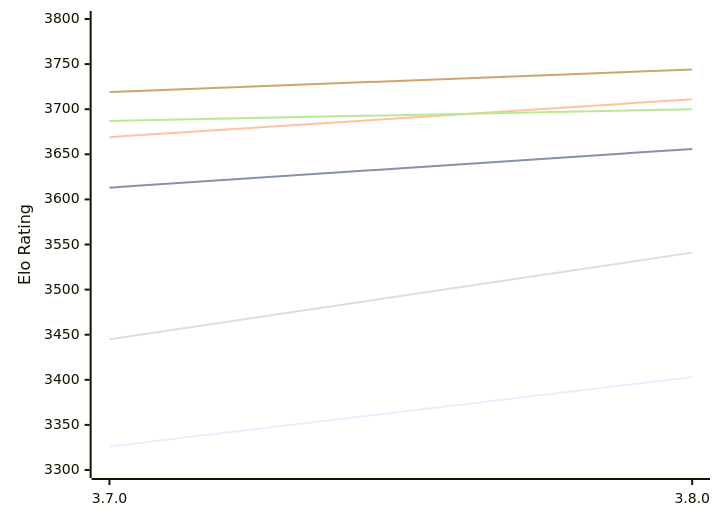
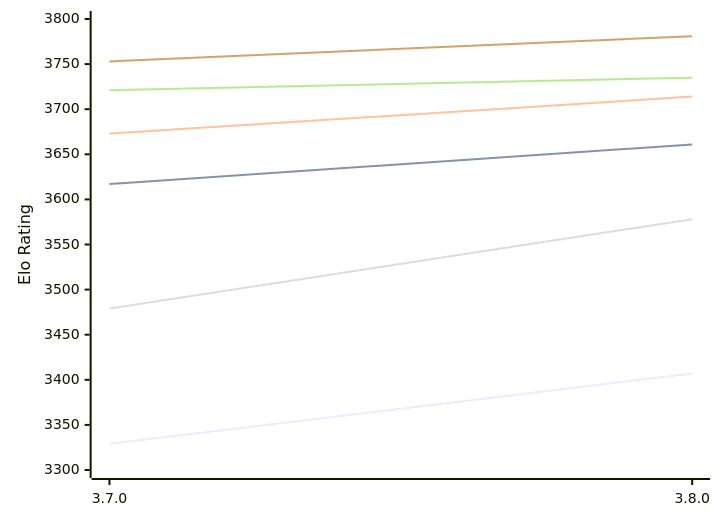
One commit to computer-chess-index/cci changed the first of 2 diagrams in engines/Igel.md. Above: the diagram before and after it, drawn with Mermaid. The commit also changed other lines of this file, not shown here.

Commit message:
Update CCI Ratings (ELO VLTC) - 2026-11-01

````diff
--- a/engines/Igel.md
+++ b/engines/Igel.md
@@ -51,12 +51,12 @@
 ```mermaid
 %%{init: {"theme":"base","themeVariables":{"seriesColors:['#a3a3a3','#222221','#faa371']}}}%%
 xychart-beta
   x-axis ["3.7.0", "3.8.0"]
   y-axis "Elo Rating" 3300 --> 3800
-  line "E1: STC (8.0+0.08s)" [3326, 3403]
-  line "E1: LTC (60.0+0.60s)" [3613, 3656]
-  line "E1: VLTC (2m24s+1.12s)" [3669, 3711]
-  line "P1: STC (8.0+0.08s)" [3445, 3541]
-  line "P1: LTC (60.0+0.60s)" [3687, 3700]
-  line "P1: VLTC (2m24s+1.12s)" [3719, 3744]
+  line "E1: STC (8.0+0.08s)" [3329, 3407]
+  line "E1: LTC (60.0+0.60s)" [3617, 3661]
+  line "E1: VLTC (2m24s+1.12s)" [3673, 3714]
+  line "P1: STC (8.0+0.08s)" [3479, 3578]
+  line "P1: LTC (60.0+0.60s)" [3721, 3735]
+  line "P1: VLTC (2m24s+1.12s)" [3753, 3781]
 ```
````
